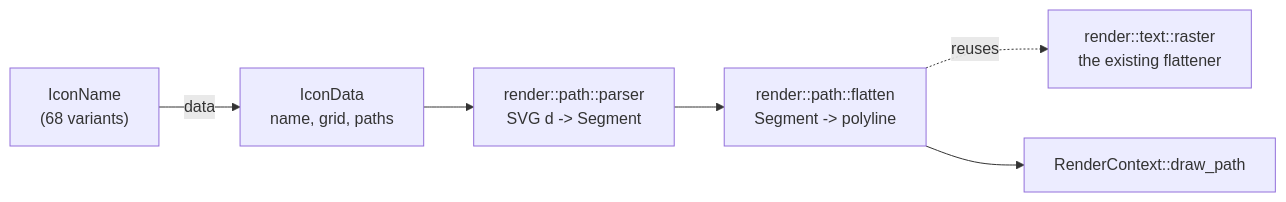
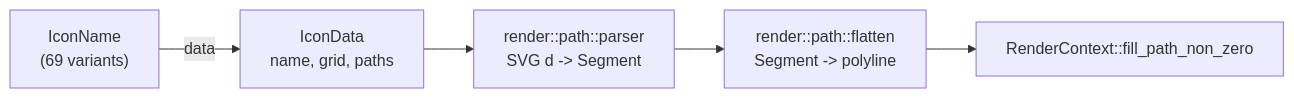
One commit to mikewolfli/rust-widgets changed the sixth of 6 diagrams in cookbook/en/src/chapters/architecture.md. Above: the diagram before and after it, drawn with Mermaid. The commit also changed other lines of this file and 33 other files, not shown here.

````diff
--- a/cookbook/en/src/chapters/architecture.md
+++ b/cookbook/en/src/chapters/architecture.md
@@ -916,15 +915,13 @@
 ```mermaid
 graph LR
-    ENUM["IconName<br/>(68 variants)"]
+    ENUM["IconName<br/>(69 variants)"]
     DATA["IconData<br/>name, grid, paths"]
     PARSE["render::path::parser<br/>SVG d -> Segment"]
     FLAT["render::path::flatten<br/>Segment -> polyline"]
-    RAST["render::text::raster<br/>the existing flattener"]
-    FILL["RenderContext::draw_path"]
+    FILL["RenderContext::fill_path_non_zero"]
 
     ENUM -->|data| DATA
     DATA --> PARSE
     PARSE --> FLAT
-    FLAT -.->|reuses| RAST
     FLAT --> FILL
 ```
````
